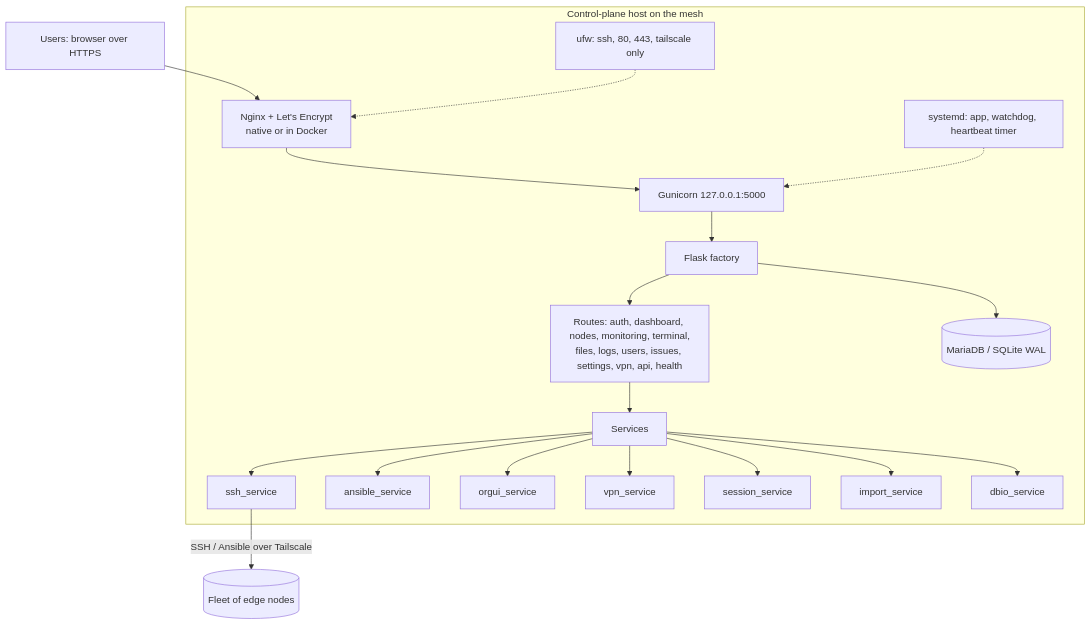
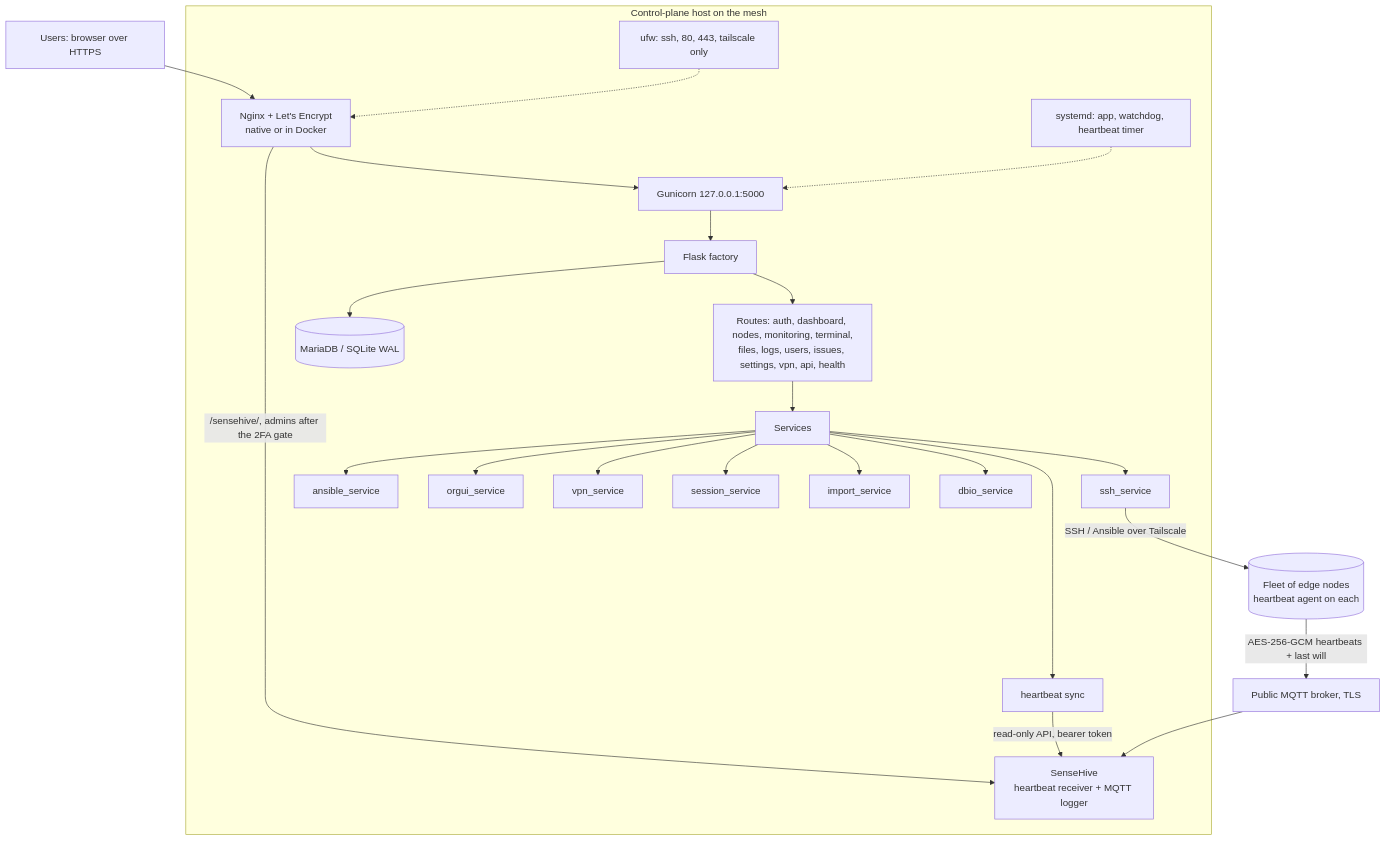
One commit to 855princekumar/edgeshell changed the first of 2 diagrams in docs/ARCHITECTURE.md. Above: the diagram before and after it, drawn with Mermaid. The commit also changed other lines of this file and 12 other files, not shown here.

First line of the commit message:
1.9.2: SenseHive 1.4.1 in the stack, the whole system in the architecture docs (#43)

````diff
--- a/docs/ARCHITECTURE.md
+++ b/docs/ARCHITECTURE.md
@@ -11,21 +11,25 @@
 ```mermaid
 flowchart TB
     U[Users: browser over HTTPS] --> PX
     subgraph Host[Control-plane host on the mesh]
         PX[Nginx + Let's Encrypt<br/>native or in Docker] --> G[Gunicorn 127.0.0.1:5000]
         G --> APP[Flask factory]
         APP --> RT[Routes: auth, dashboard, nodes, monitoring, terminal,<br/>files, logs, users, issues, settings, vpn, api, health]
         RT --> SV[Services]
         SV --> SSH[ssh_service]
         SV --> ANS[ansible_service]
         SV --> ORG[orgui_service]
         SV --> VPN[vpn_service]
         SV --> SES[session_service]
         SV --> IMP[import_service]
         SV --> DBIO[dbio_service]
         APP --> DB[(MariaDB / SQLite WAL)]
         SD[systemd: app, watchdog, heartbeat timer] -.-> G
         FW[ufw: ssh, 80, 443, tailscale only] -.-> PX
+        PX -->|/sensehive/, admins after the 2FA gate| SH[SenseHive<br/>heartbeat receiver + MQTT logger]
+        SV --> HBS[heartbeat sync] -->|read-only API, bearer token| SH
     end
-    SSH -->|SSH / Ansible over Tailscale| NODES[(Fleet of edge nodes)]
+    SSH -->|SSH / Ansible over Tailscale| NODES[(Fleet of edge nodes<br/>heartbeat agent on each)]
+    NODES -->|AES-256-GCM heartbeats + last will| BRK[Public MQTT broker, TLS]
+    BRK --> SH
 ```
````
